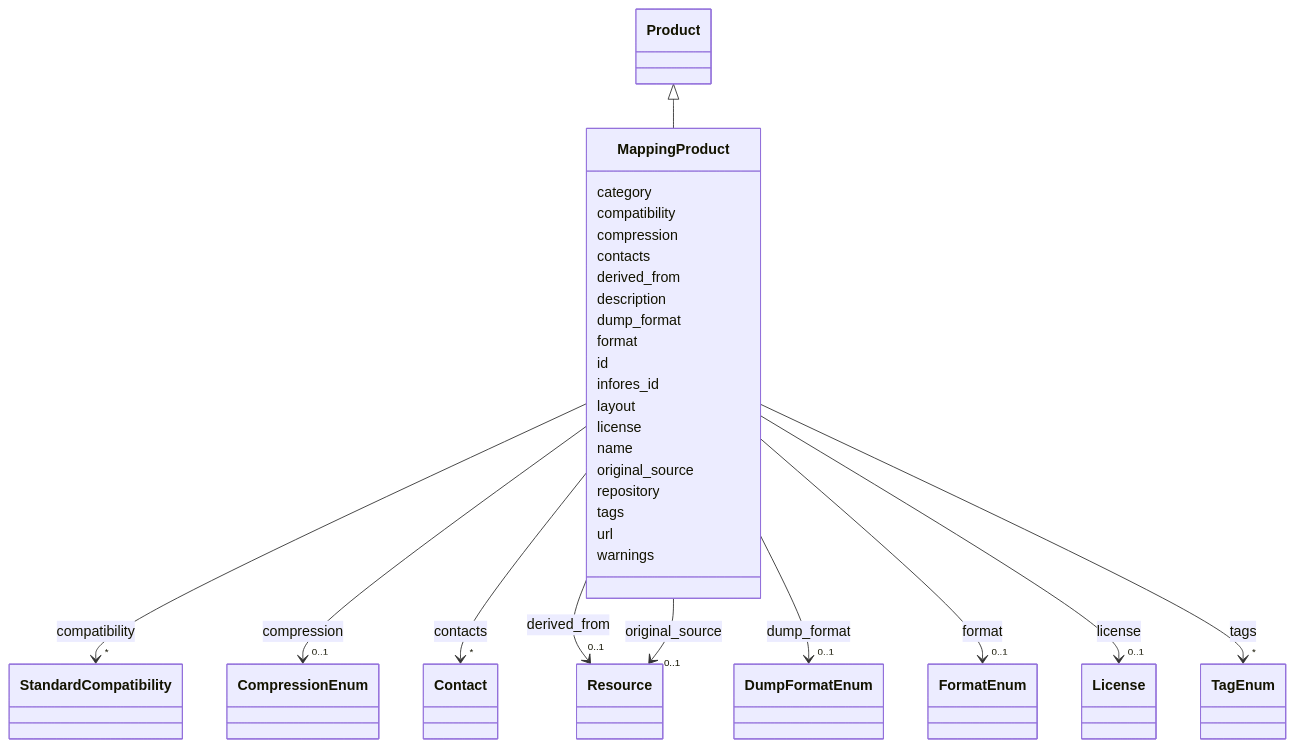
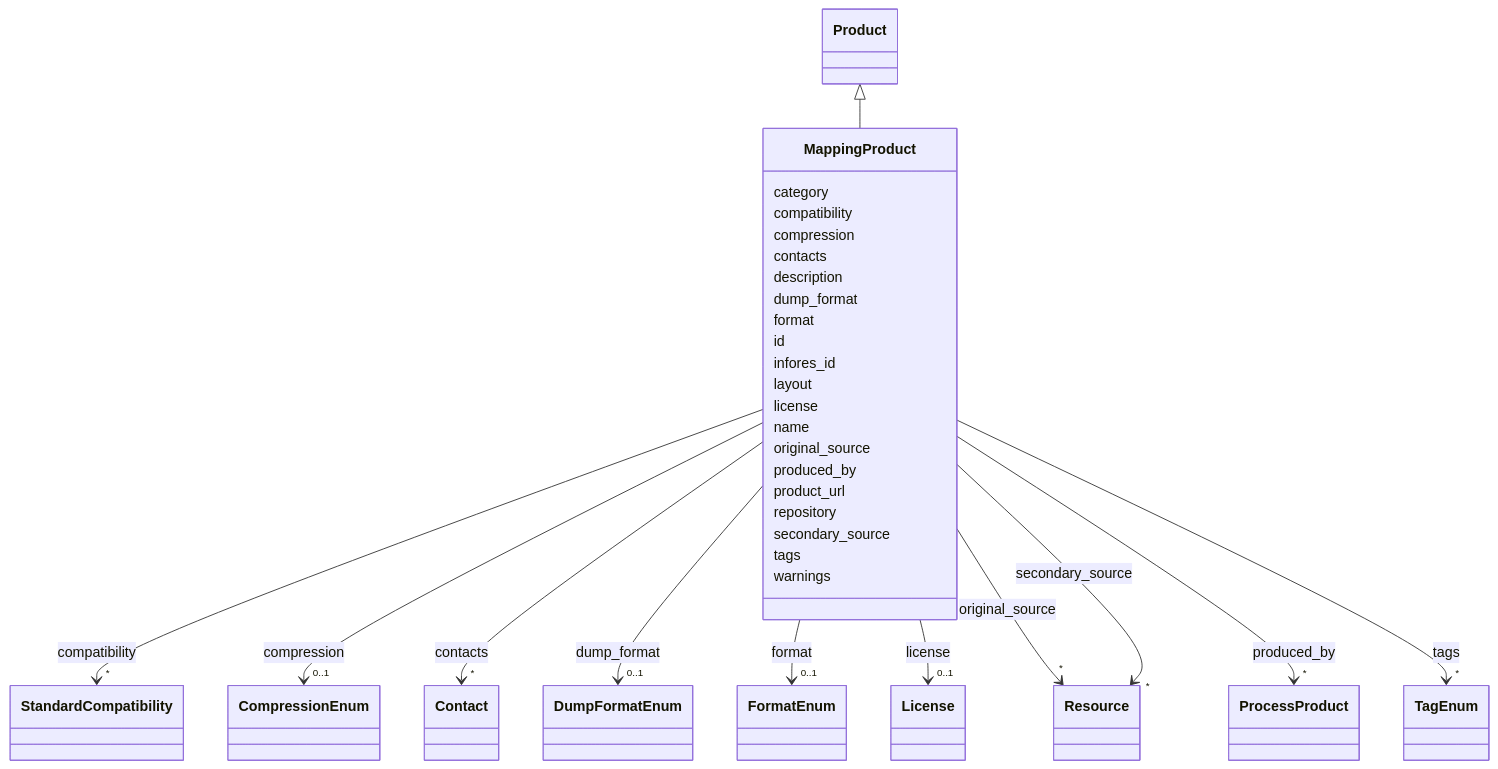
The diagram in docs/schema/MappingProduct.md (Knowledge-Graph-Hub/kg-registry), drawn with Mermaid before and after one commit. The commit also changed other lines of this file and 56 other files, not shown here.

```diff
--- a/docs/schema/MappingProduct.md
+++ b/docs/schema/MappingProduct.md
@@ -55,15 +55,6 @@
     
     MappingProduct --> "*" Contact : contacts
     click Contact href "Contact.html"
-
-        
-      MappingProduct : derived_from
-        
-          
-    
-    
-    MappingProduct --> "0..1" Resource : derived_from
-    click Resource href "Resource.html"
 
         
       MappingProduct : description
@@ -108,11 +99,31 @@
           
     
     
-    MappingProduct --> "0..1" Resource : original_source
+    MappingProduct --> "*" Resource : original_source
     click Resource href "Resource.html"
 
         
+      MappingProduct : produced_by
+        
+          
+    
+    
+    MappingProduct --> "*" ProcessProduct : produced_by
+    click ProcessProduct href "ProcessProduct.html"
+
+        
+      MappingProduct : product_url
+        
       MappingProduct : repository
+        
+      MappingProduct : secondary_source
+        
+          
+    
+    
+    MappingProduct --> "*" Resource : secondary_source
+    click Resource href "Resource.html"
+
         
       MappingProduct : tags
         
@@ -123,8 +134,6 @@
     click TagEnum href "TagEnum.html"
 
         
-      MappingProduct : url
-        
       MappingProduct : warnings
         
       
```
